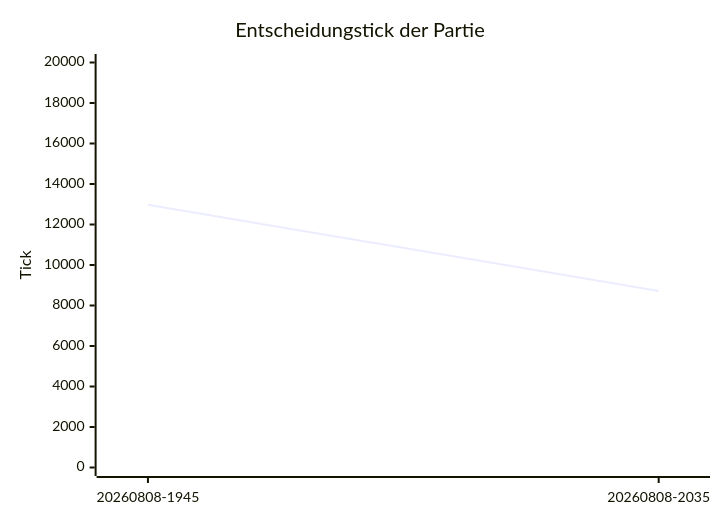
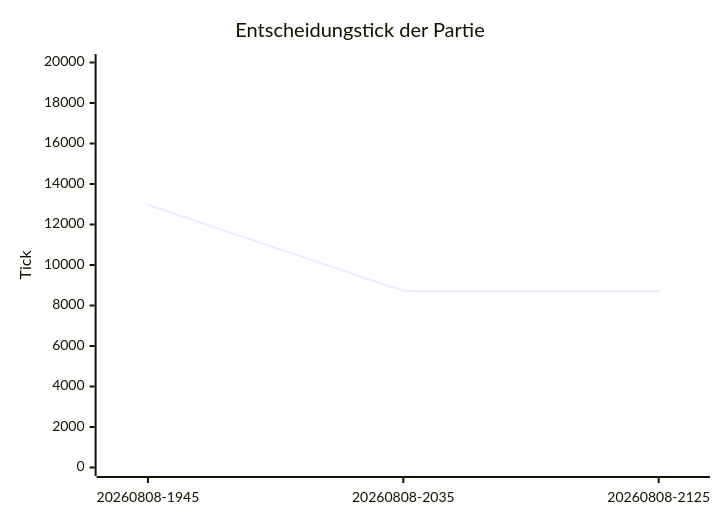
One commit to arn-c0de/Project_Nova changed the first of 3 diagrams in tools/Nova.AiLab/reports/README.md. Above: the diagram before and after it, drawn with Mermaid. The commit also changed other lines of this file and 27 other files, not shown here.

````diff
--- a/tools/Nova.AiLab/reports/README.md
+++ b/tools/Nova.AiLab/reports/README.md
@@ -45,7 +47,7 @@
 ```mermaid
 xychart-beta
     title "Entscheidungstick der Partie"
-    x-axis ["20260808-1945", "20260808-2035"]
+    x-axis ["20260808-1945", "20260808-2035", "20260808-2125"]
     y-axis "Tick" 0 --> 20000
-    line [12975, 8715]
+    line [12975, 8715, 8715]
 ```
````
